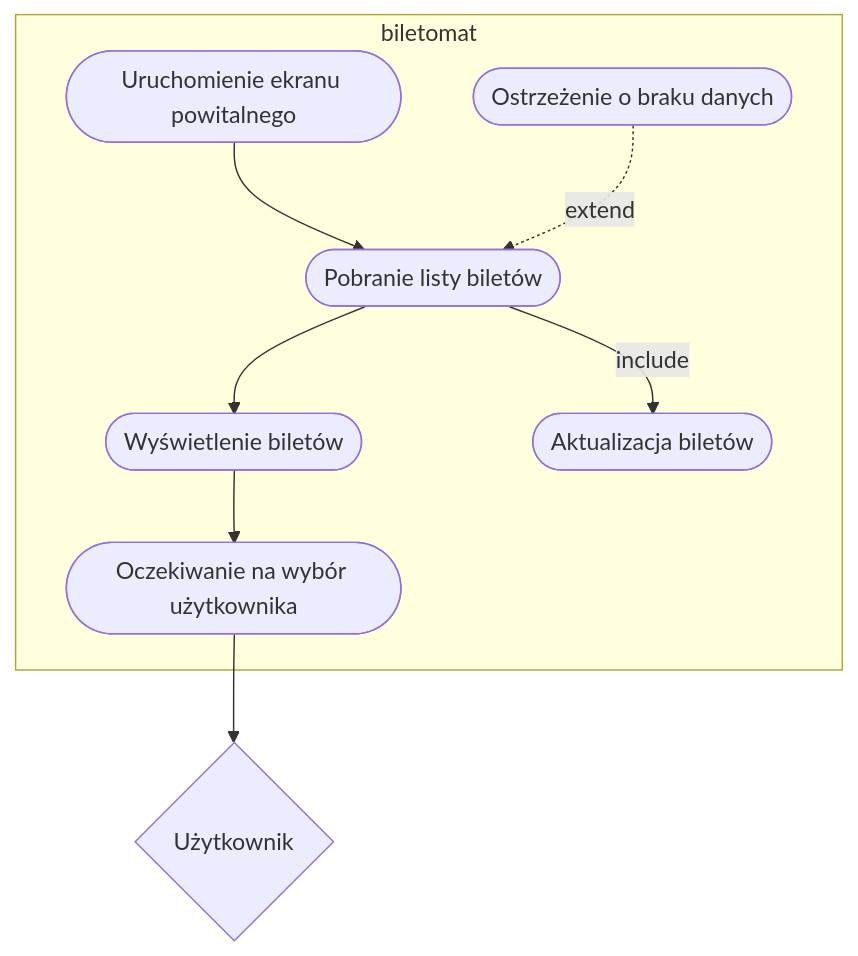
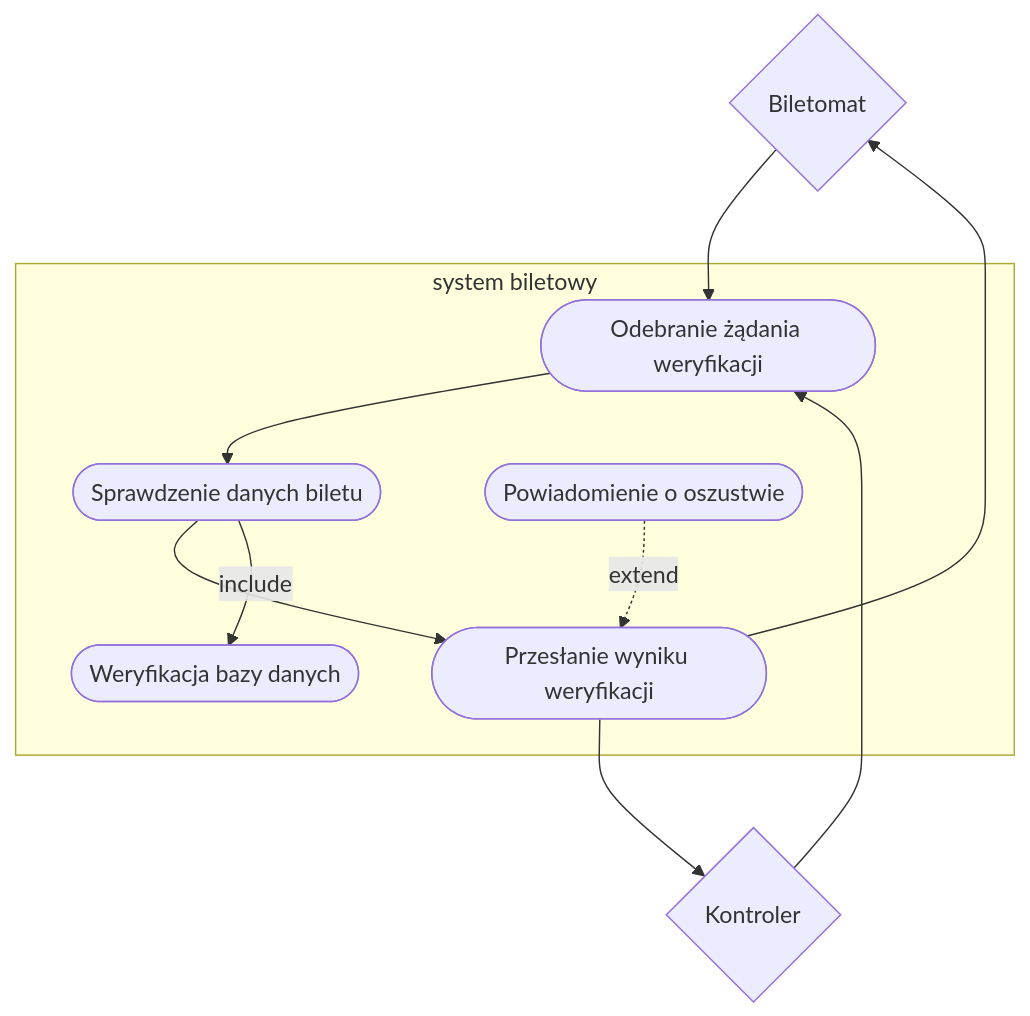
One commit to pilukal/MWO changed the third of 5 diagrams in system-biletowy.md. Above: the diagram before and after it, drawn with Mermaid. The commit also changed other lines of this file, not shown here.

````diff
--- a/system-biletowy.md
+++ b/system-biletowy.md
@@ -64,25 +64,25 @@
 ```mermaid
 flowchart TD
     
-    Uzytkownik{Użytkownik}
-    Oczekiwanie_na_wybor_uzytkownika --> Uzytkownik
+    Biletomat{Biletomat}
+    Kontroler{Kontroler}
+    Biletomat --> Odebranie_zadania_weryfikacji
+    Kontroler --> Odebranie_zadania_weryfikacji
+    Przeslanie_wyniku_weryfikacji -->Biletomat
+    Przeslanie_wyniku_weryfikacji -->Kontroler
+    subgraph system biletowy
+    
+    Odebranie_zadania_weryfikacji([Odebranie żądania weryfikacji])
+    Sprawdzenie_danych_biletu([Sprawdzenie danych biletu])
+    Przeslanie_wyniku_weryfikacji([Przesłanie wyniku weryfikacji])
 
-    subgraph biletomat
-    
-    Uruchomienie_ekranu_powitalnego([Uruchomienie ekranu powitalnego])
-    Pobranie_listy_biletow([Pobranie listy biletów])
-    Wyswietlenie_biletow([Wyświetlenie biletów])
-    Oczekiwanie_na_wybor_uzytkownika([Oczekiwanie na wybór użytkownika])
+    Weryfikacja_bazy_danych([Weryfikacja bazy danych])
+    Powiadomienie_o_oszustwie([Powiadomienie o oszustwie])
 
-    Aktualizacja_biletow([Aktualizacja biletów])
-    Ostrzezenie_o_braku_danych([Ostrzeżenie o braku danych])
+    Odebranie_zadania_weryfikacji --> Sprawdzenie_danych_biletu
+    Sprawdzenie_danych_biletu --> Przeslanie_wyniku_weryfikacji
 
-
-    Uruchomienie_ekranu_powitalnego --> Pobranie_listy_biletow
-    Pobranie_listy_biletow --> Wyswietlenie_biletow
-    Wyswietlenie_biletow --> Oczekiwanie_na_wybor_uzytkownika
-
-    Pobranie_listy_biletow --> |include| Aktualizacja_biletow
-    Ostrzezenie_o_braku_danych -.-> |extend| Pobranie_listy_biletow
+    Sprawdzenie_danych_biletu --> |include| Weryfikacja_bazy_danych
+    Powiadomienie_o_oszustwie -.-> |extend| Przeslanie_wyniku_weryfikacji
     end
 ```
````
